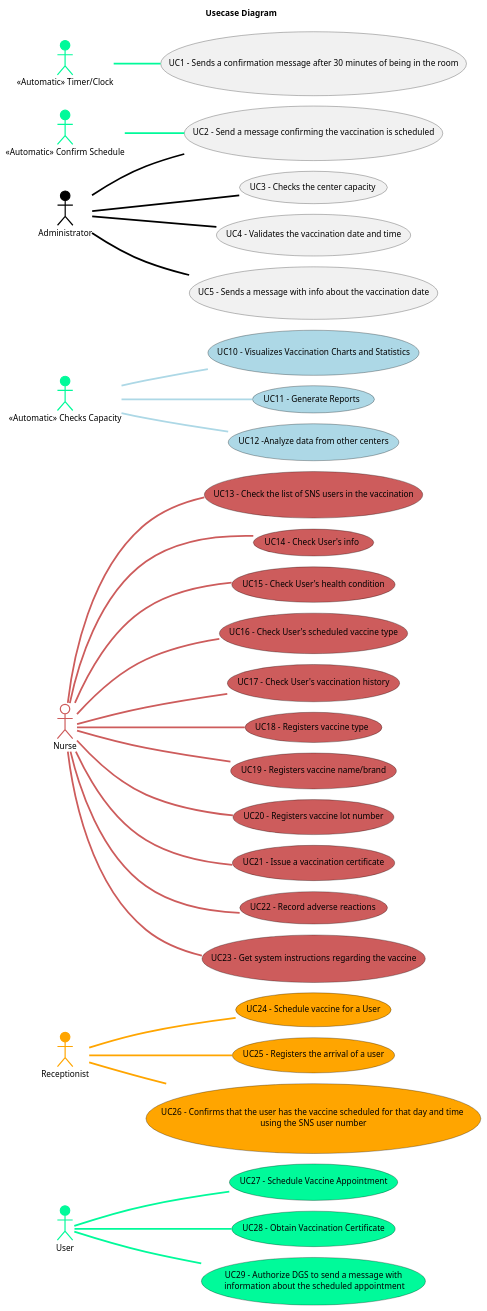
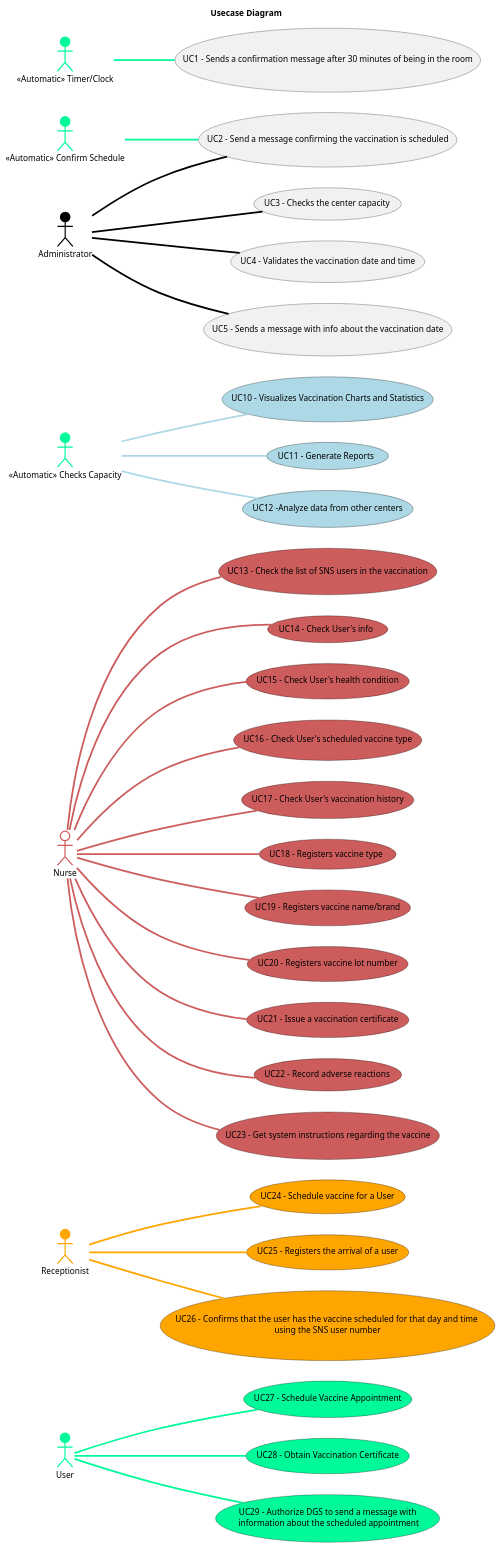
One commit to Pirussa/lei-22-s2-1da-g02 changed the diagram in docs/SprintA/UCD.puml. Above: the diagram before and after it, drawn with PlantUML. The commit also changed 1 other file, not shown here.

```diff
--- a/docs/SprintA/UCD.puml
+++ b/docs/SprintA/UCD.puml
@@ -1,105 +1,104 @@
 @startuml
 'https://plantuml.com/use-case-diagram
-!pragma layout smetana
 
 left to right direction
 title Usecase Diagram
 skinparam titleBorderRoundCorner 20
 skinparam titleBorderThickness 2
 skinparam arrowThickness 3
 
 '**********User*************
 Usecase UC27 as "UC27 - Schedule Vaccine Appointment" #mediumSpringGreen;line:black
 Usecase UC28 as "UC28 - Obtain Vaccination Certificate" #mediumSpringGreen;line:black
 Usecase UC29 as "UC29 - Authorize DGS to send a message with\n information about the scheduled appointment" #mediumSpringGreen;line:black
 
 :User: as U #mediumSpringGreen;line:mediumSpringGreen
 
 U -d- UC27 #mediumSpringGreen
 U -d- UC28 #mediumSpringGreen
 U -d- UC29 #mediumSpringGreen
 
 
 
 
 
 '**********Recepcionist*************
 Usecase UC24 as "UC24 - Schedule vaccine for a User" #orange;line:black
 Usecase UC25 as "UC25 - Registers the arrival of a user" #orange;line:black
 Usecase UC26 as "UC26 - Confirms that the user has the vaccine scheduled for that day and time \n using the SNS user number "  #orange;line:black
 
 :Receptionist: as R #orange;line:orange
 R -d- UC24 #orange;line:orange
 R -d- UC25  #orange;line:orange
 R -d- UC26  #orange;line:orange
 
 
 
 
 '**********Nurse*************
 Usecase UC13 as "UC13 - Check the list of SNS users in the vaccination"  #indianRed;line:black
 Usecase UC14 as "UC14 - Check User's info" #indianRed;line:black
 Usecase UC15 as "UC15 - Check User's health condition" #indianRed;line:black
 Usecase UC16 as "UC16 - Check User's scheduled vaccine type" #indianRed;line:black
 Usecase UC17 as "UC17 - Check User's vaccination history" #indianRed;line:black
 Usecase UC18 as "UC18 - Registers vaccine type" #indianRed;line:black
 Usecase UC19 as "UC19 - Registers vaccine name/brand" #indianRed;line:black
 Usecase UC20 as "UC20 - Registers vaccine lot number" #indianRed;line:black
 Usecase UC21 as "UC21 - Issue a vaccination certificate" #indianRed;line:black
 Usecase UC22 as "UC22 - Record adverse reactions" #indianRed;line:black
 Usecase UC23 as "UC23 - Get system instructions regarding the vaccine" #indianRed;line:black
 
 :Nurse: as N #white;line:indianRed
 N -d- UC13 #indianRed
 N -d- UC14 #indianRed
 N -d- UC15 #indianRed
 N -d- UC16 #indianRed
 N -d- UC17 #indianRed
 N -d- UC18 #indianRed
 N -d- UC19 #indianRed
 N -d- UC20 #indianRed
 N -d- UC21 #indianRed
 N -d- UC22 #indianRed
 N -d- UC23 #indianRed
 
 
 
 '**********Center Coordinator*************
 Usecase UC10 as "UC10 - Visualizes Vaccination Charts and Statistics" #lightblue;line:black
 Usecase UC11 as "UC11 - Generate Reports" #lightblue;line:black
 Usecase UC12 as "UC12 -Analyze data from other centers" #lightblue;line:black
 
 :Center Coordinator: as CC #lightblue;line:lightblue;
 CC -d- UC10 #lightblue;line:lightblue
 CC -d- UC11 #lightblue;line:lightblue
 CC -d- UC12 #lightblue;line:lightblue
 
 
 '**********ADMINISTRATOR*************
 Usecase UC2 as "UC2 - Configures and manages type of vaccines"   #lightgrey;line:black
 Usecase UC3 as "UC3 - Configures and manages Vaccines"  #lightgrey;line:black
 Usecase UC4 as "UC4 - Configures and manages Vaccination Center"   #lightgrey;line:black
 Usecase UC5 as "UC5 - Configures and manages Employees"  #lightgrey;line:black
 
 
 :Administrator: as A #black;line:black
 
 A -d- UC2 #black;line:black
 A -d- UC3 #black;line:black
 A -d- UC4 #black;line:black
 A -d- UC5 #black;line:black
 
 '**********System*************
 Usecase UC1 as "UC1 - Sends a confirmation message after 30 minutes of being in the room"
 Usecase UC2 as "UC2 - Send a message confirming the vaccination is scheduled"
 Usecase UC3 as "UC3 - Checks the center capacity"
 Usecase UC4 as "UC4 - Validates the vaccination date and time"
 Usecase UC5 as "UC5 - Sends a message with info about the vaccination date"
 :<<Automatic>> Timer/Clock: as TC #mediumSpringGreen;line:mediumSpringGreen
 :<<Automatic>> Confirm Schedule: as CS #mediumSpringGreen;line:mediumSpringGreen
 :<<Automatic>> Checks Capacity: as CC #mediumSpringGreen;line:mediumSpringGreen
 
 TC -d- UC1 #mediumSpringGreen
 CS -d- UC2 #mediumSpringGreen
 
 @enduml
```
